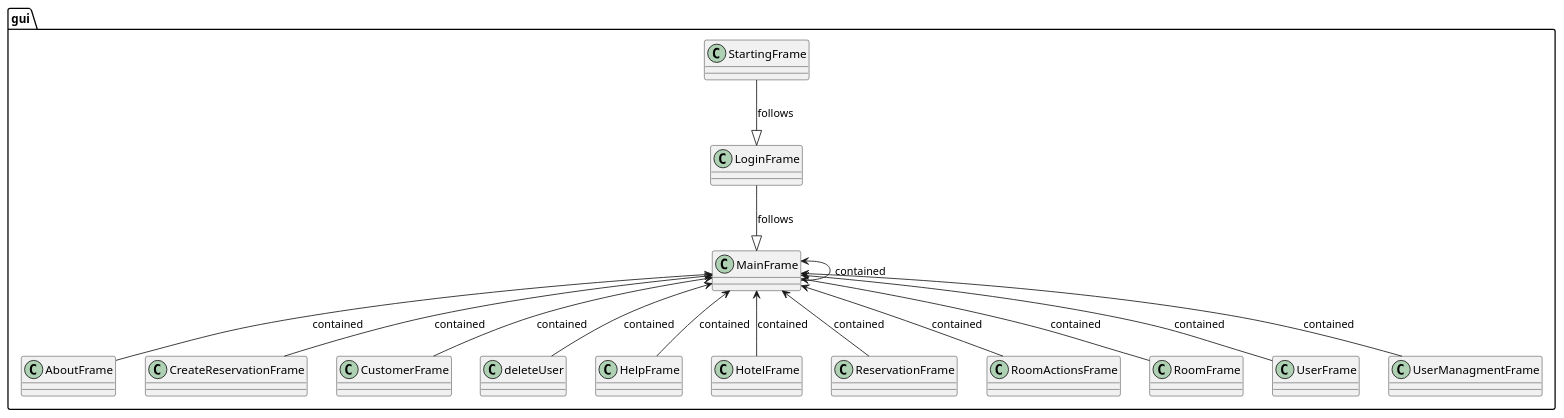
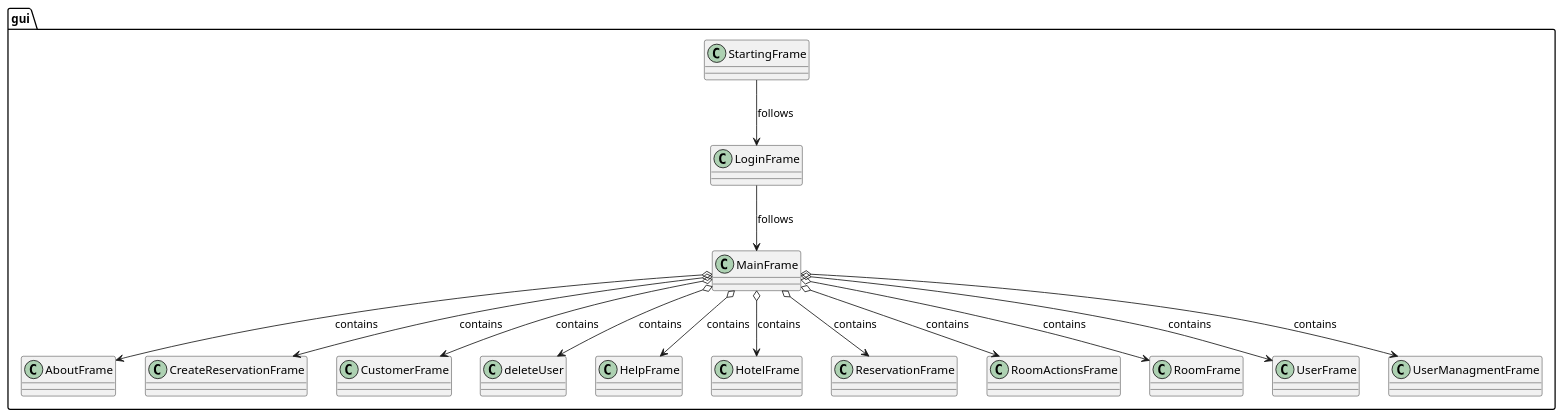
Before and after one commit to DMG-TechLabs/hotel-manager: the diagram in docs/uml/gui.plantuml, drawn with PlantUML. The commit also changed 4 other files, not shown here.

Commit message:
corrected uml arrows

```diff
--- a/docs/uml/gui.plantuml
+++ b/docs/uml/gui.plantuml
@@ -1,36 +1,35 @@
 @startuml gui
 
 package gui {
     class AboutFrame
     class CreateReservationFrame
     class CustomerFrame
     class deleteUser
     class HelpFrame
     class HotelFrame
     class LoginFrame
     class MainFrame
     class ReservationFrame
     class RoomActionsFrame
     class RoomFrame
     class StartingFrame
     class UserFrame
     class UserManagmentFrame
 }
 
-StartingFrame --|> LoginFrame : follows
-LoginFrame --|> MainFrame : follows
+StartingFrame --> LoginFrame : follows
+LoginFrame --> MainFrame : follows
 
-MainFrame <-- AboutFrame : contained
-MainFrame <-- CreateReservationFrame : contained
-MainFrame <-- CustomerFrame : contained
-MainFrame <-- deleteUser : contained
-MainFrame <-- HelpFrame : contained
-MainFrame <-- HotelFrame : contained
-MainFrame <-- MainFrame : contained
-MainFrame <-- ReservationFrame : contained
-MainFrame <-- RoomActionsFrame : contained
-MainFrame <-- RoomFrame : contained
-MainFrame <-- UserFrame : contained
-MainFrame <-- UserManagmentFrame : contained
+MainFrame o--> AboutFrame : contains
+MainFrame o--> CreateReservationFrame : contains
+MainFrame o--> CustomerFrame : contains
+MainFrame o--> deleteUser : contains
+MainFrame o--> HelpFrame : contains
+MainFrame o--> HotelFrame : contains
+MainFrame o--> ReservationFrame : contains
+MainFrame o--> RoomActionsFrame : contains
+MainFrame o--> RoomFrame : contains
+MainFrame o--> UserFrame : contains
+MainFrame o--> UserManagmentFrame : contains
 
 @enduml
```
